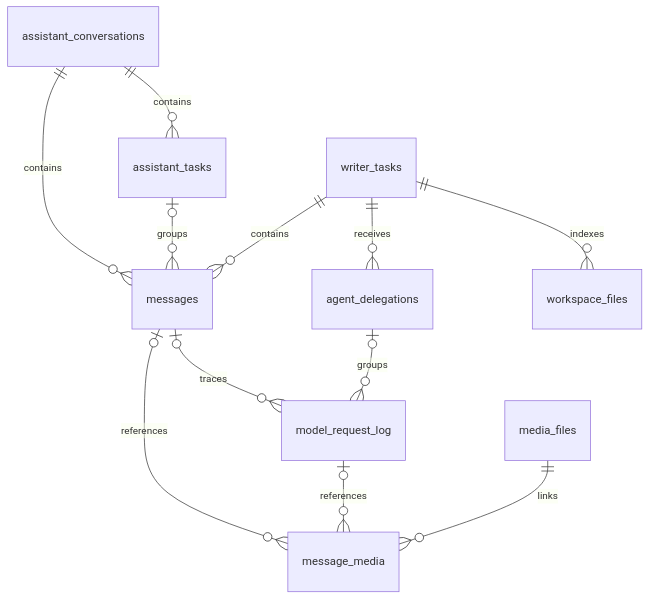
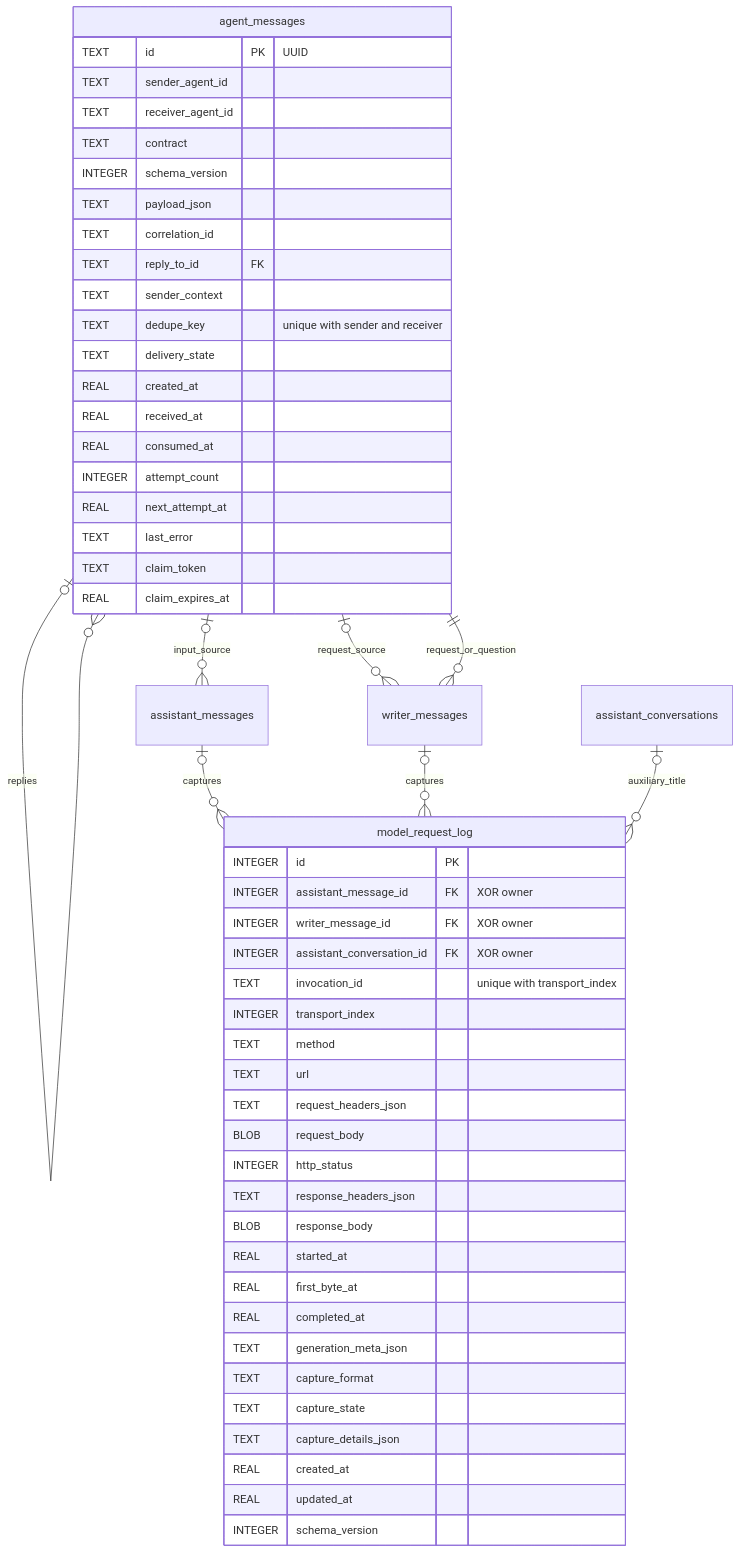
The third of 3 diagrams in MobileHarness/Storage/Database/README.md (devilyouwei/MobileHarness), drawn with Mermaid before and after one commit. The commit also changed other lines of this file and 401 other files, not shown here.

First line of the commit message:
refactor: separate agent persistence and refine Writer workflows

````diff
--- a/MobileHarness/Storage/Database/README.md
+++ b/MobileHarness/Storage/Database/README.md
@@ -23,14 +158,56 @@
 ```mermaid
 erDiagram
- assistant_conversations ||--o{ messages : contains
- assistant_conversations ||--o{ assistant_tasks : contains
- assistant_tasks o|--o{ messages : groups
- writer_tasks ||--o{ messages : contains
- writer_tasks ||--o{ agent_delegations : receives
- writer_tasks ||--o{ workspace_files : indexes
- messages o|--o{ model_request_log : traces
- agent_delegations o|--o{ model_request_log : groups
- messages o|--o{ message_media : references
- model_request_log o|--o{ message_media : references
- media_files ||--o{ message_media : links
+    agent_messages o|--o{ agent_messages : replies
+    agent_messages o|--o{ assistant_messages : input_source
+    agent_messages o|--o{ writer_messages : request_source
+    agent_messages ||--o{ writer_messages : request_or_question
+    assistant_messages o|--o{ model_request_log : captures
+    writer_messages o|--o{ model_request_log : captures
+    assistant_conversations o|--o{ model_request_log : auxiliary_title
+    agent_messages {
+        TEXT id PK "UUID"
+        TEXT sender_agent_id
+        TEXT receiver_agent_id
+        TEXT contract
+        INTEGER schema_version
+        TEXT payload_json
+        TEXT correlation_id
+        TEXT reply_to_id FK
+        TEXT sender_context
+        TEXT dedupe_key "unique with sender and receiver"
+        TEXT delivery_state
+        REAL created_at
+        REAL received_at
+        REAL consumed_at
+        INTEGER attempt_count
+        REAL next_attempt_at
+        TEXT last_error
+        TEXT claim_token
+        REAL claim_expires_at
+    }
+    model_request_log {
+        INTEGER id PK
+        INTEGER assistant_message_id FK "XOR owner"
+        INTEGER writer_message_id FK "XOR owner"
+        INTEGER assistant_conversation_id FK "XOR owner"
+        TEXT invocation_id "unique with transport_index"
+        INTEGER transport_index
+        TEXT method
+        TEXT url
+        TEXT request_headers_json
+        BLOB request_body
+        INTEGER http_status
+        TEXT response_headers_json
+        BLOB response_body
+        REAL started_at
+        REAL first_byte_at
+        REAL completed_at
+        TEXT generation_meta_json
+        TEXT capture_format
+        TEXT capture_state
+        TEXT capture_details_json
+        REAL created_at
+        REAL updated_at
+        INTEGER schema_version
+    }
 ```
````
